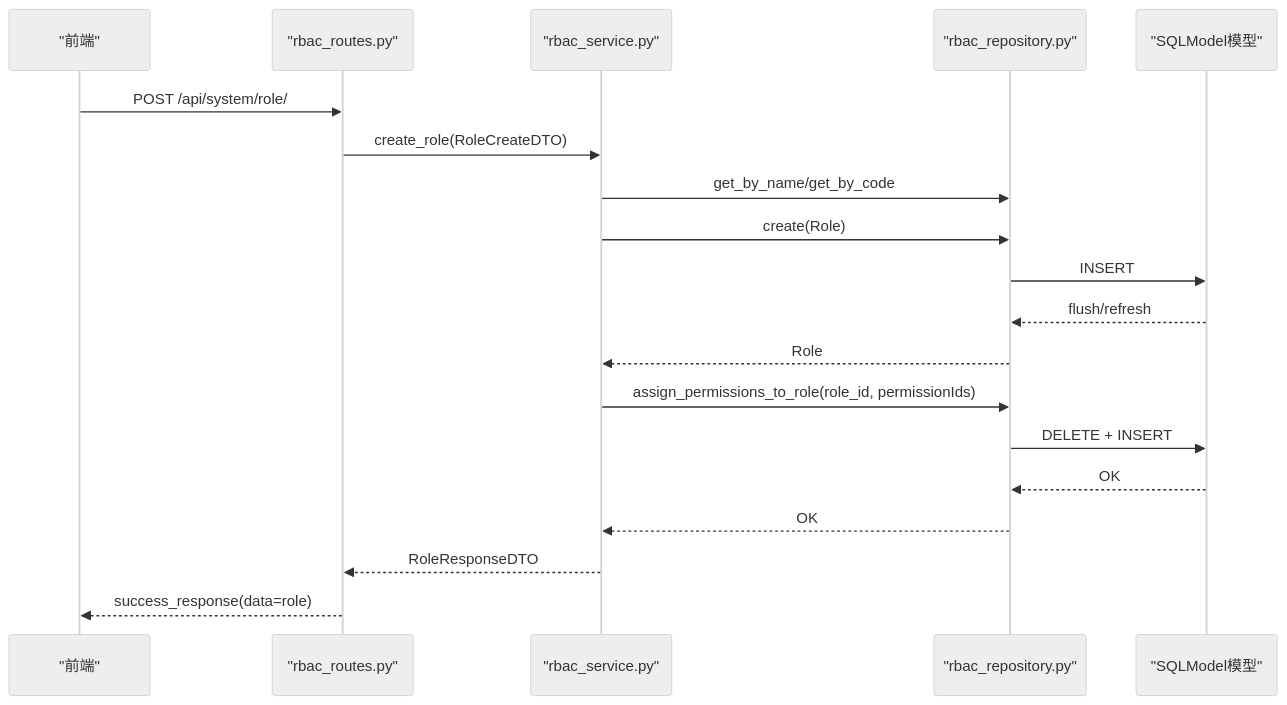
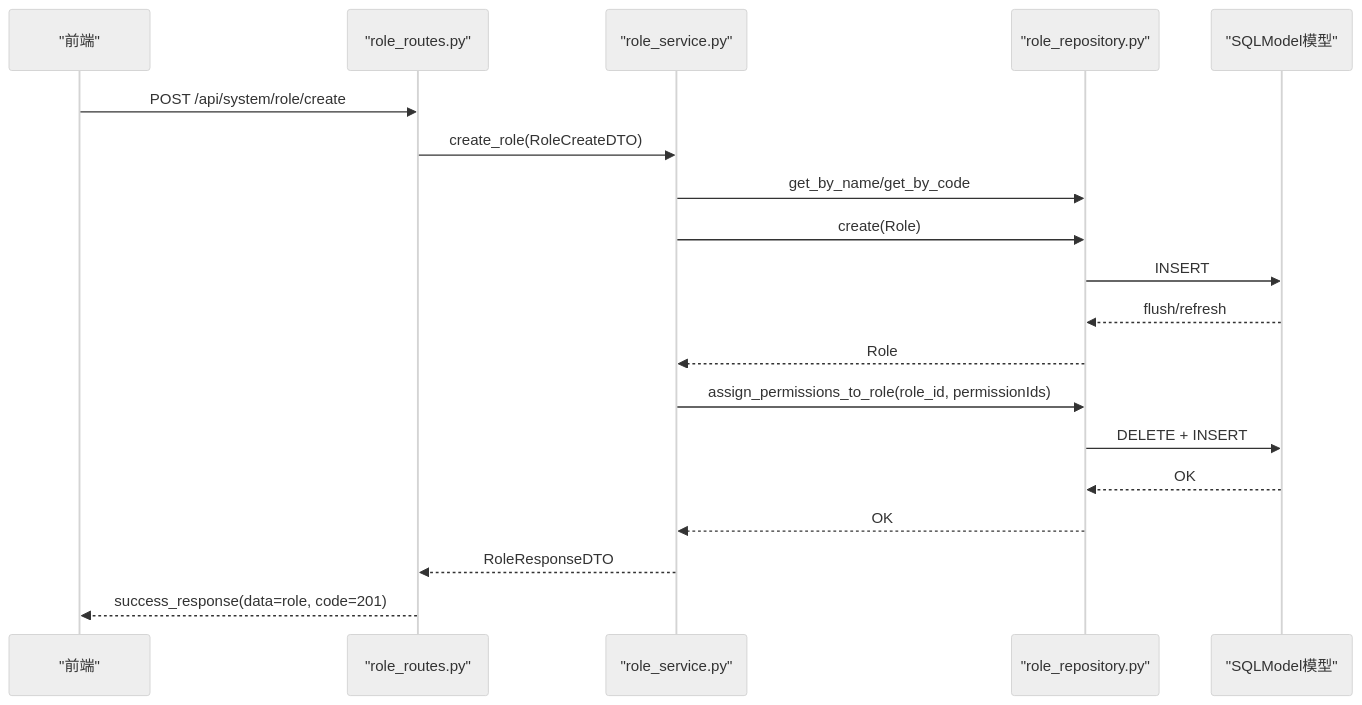
The fourth of 6 diagrams in .qoder/repowiki/zh/content/项目概述/核心特性/RBAC 权限控制/角色管理.md (taoweidong/Hello-FastApi), drawn with Mermaid (neutral theme) before and after one commit. The commit also changed other lines of this file and 9 other files, not shown here.

````diff
--- a/.qoder/repowiki/zh/content/项目概述/核心特性/RBAC 权限控制/角色管理.md
+++ b/.qoder/repowiki/zh/content/项目概述/核心特性/RBAC 权限控制/角色管理.md
@@ -242,21 +302,21 @@
 ```mermaid
 sequenceDiagram
 participant FE as "前端"
-participant API as "rbac_routes.py"
-participant SVC as "rbac_service.py"
-participant REPO as "rbac_repository.py"
+participant API as "role_routes.py"
+participant SVC as "role_service.py"
+participant REPO as "role_repository.py"
 participant DB as "SQLModel模型"
-FE->>API : POST /api/system/role/
+FE->>API : POST /api/system/role/create
 API->>SVC : create_role(RoleCreateDTO)
 SVC->>REPO : get_by_name/get_by_code
 SVC->>REPO : create(Role)
 REPO->>DB : INSERT
 DB-->>REPO : flush/refresh
 REPO-->>SVC : Role
 SVC->>REPO : assign_permissions_to_role(role_id, permissionIds)
 REPO->>DB : DELETE + INSERT
 DB-->>REPO : OK
 REPO-->>SVC : OK
 SVC-->>API : RoleResponseDTO
-API-->>FE : success_response(data=role)
+API-->>FE : success_response(data=role, code=201)
 ```
````
